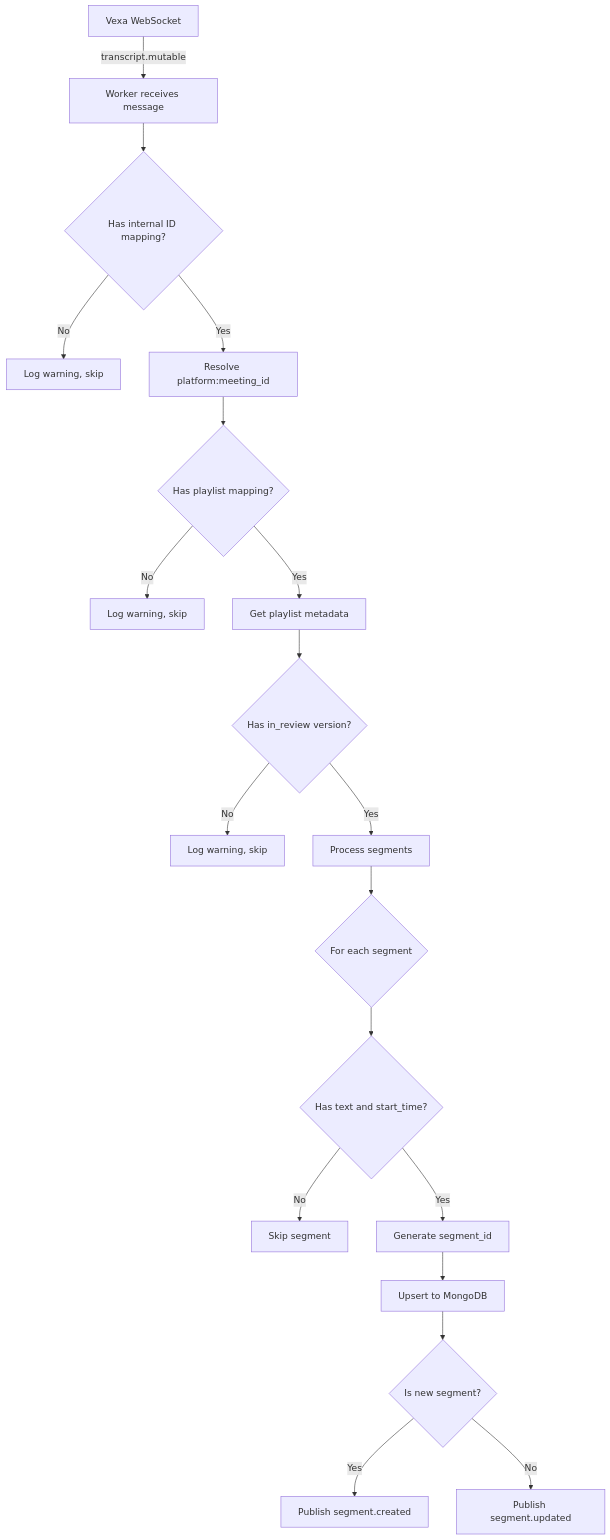
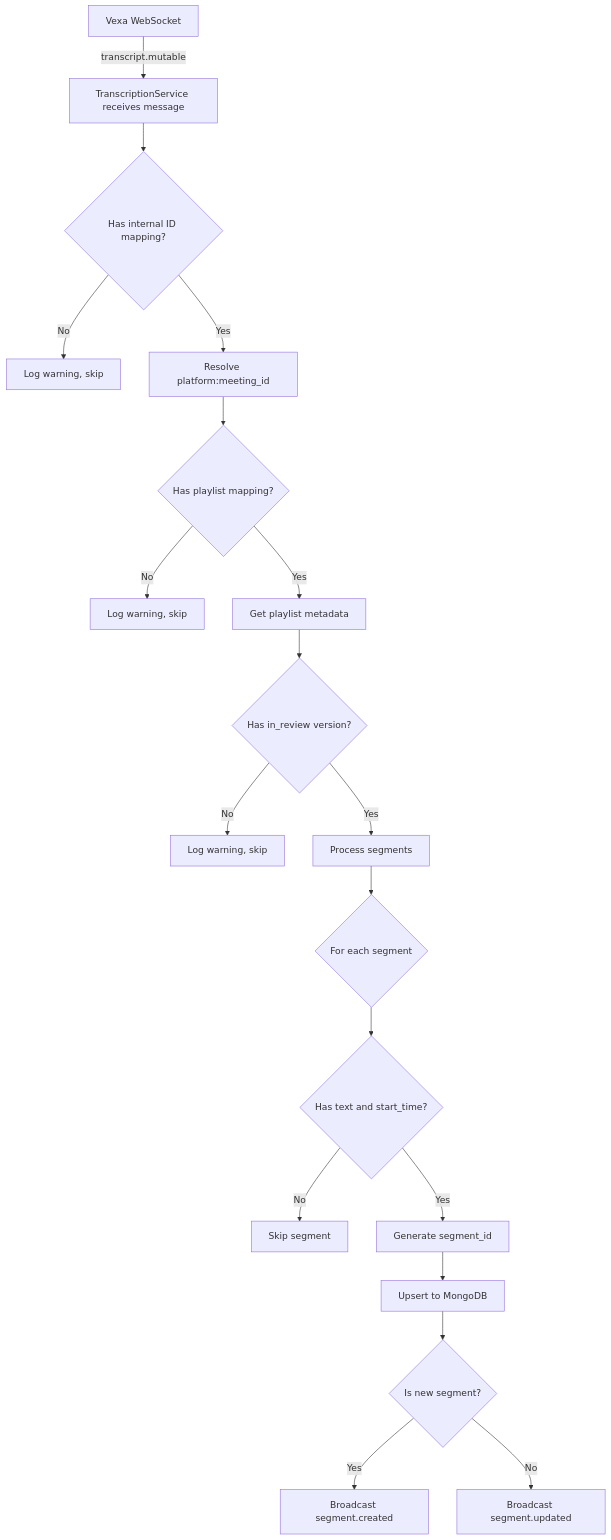
The fourth of 5 diagrams in backend/docs/TRANSCRIPTION_PIPELINE.md (jspada200/dna), drawn with Mermaid before and after one commit. The commit also changed other lines of this file and 8 other files, not shown here.

````diff
--- a/backend/docs/TRANSCRIPTION_PIPELINE.md
+++ b/backend/docs/TRANSCRIPTION_PIPELINE.md
@@ -222,22 +253,22 @@
 ```mermaid
 flowchart TD
-    A[Vexa WebSocket] -->|transcript.mutable| B[Worker receives message]
+    A[Vexa WebSocket] -->|transcript.mutable| B[TranscriptionService receives message]
     B --> C{Has internal ID mapping?}
     C -->|No| D[Log warning, skip]
     C -->|Yes| E[Resolve platform:meeting_id]
     E --> F{Has playlist mapping?}
     F -->|No| G[Log warning, skip]
     F -->|Yes| H[Get playlist metadata]
     H --> I{Has in_review version?}
     I -->|No| J[Log warning, skip]
     I -->|Yes| K[Process segments]
     
     K --> L{For each segment}
     L --> M{Has text and start_time?}
     M -->|No| N[Skip segment]
     M -->|Yes| O[Generate segment_id]
     O --> P[Upsert to MongoDB]
     P --> Q{Is new segment?}
-    Q -->|Yes| R[Publish segment.created]
-    Q -->|No| S[Publish segment.updated]
+    Q -->|Yes| R[Broadcast segment.created]
+    Q -->|No| S[Broadcast segment.updated]
 ```
````
